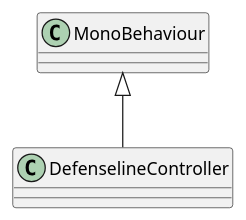
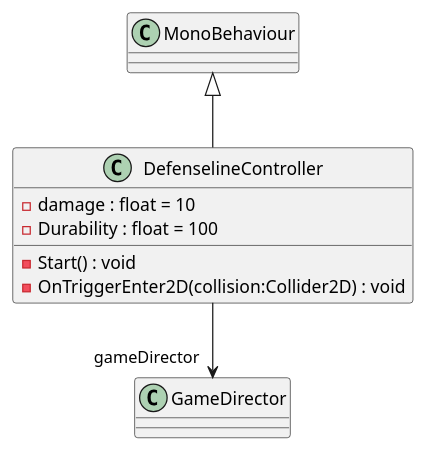
Before and after one commit to 202004g07/UnityShooting: the diagram in Assets/Scripts/plantuml/DefenceObjs/DefenselineController.puml, drawn with PlantUML. The commit also changed 23 other files, not shown here.

```diff
--- a/Assets/Scripts/plantuml/DefenceObjs/DefenselineController.puml
+++ b/Assets/Scripts/plantuml/DefenceObjs/DefenselineController.puml
@@ -1,5 +1,10 @@
 @startuml
 class DefenselineController {
+    - damage : float = 10
+    - Durability : float = 100
+    - Start() : void
+    - OnTriggerEnter2D(collision:Collider2D) : void
 }
 MonoBehaviour <|-- DefenselineController
+DefenselineController --> "gameDirector" GameDirector
 @enduml
```
